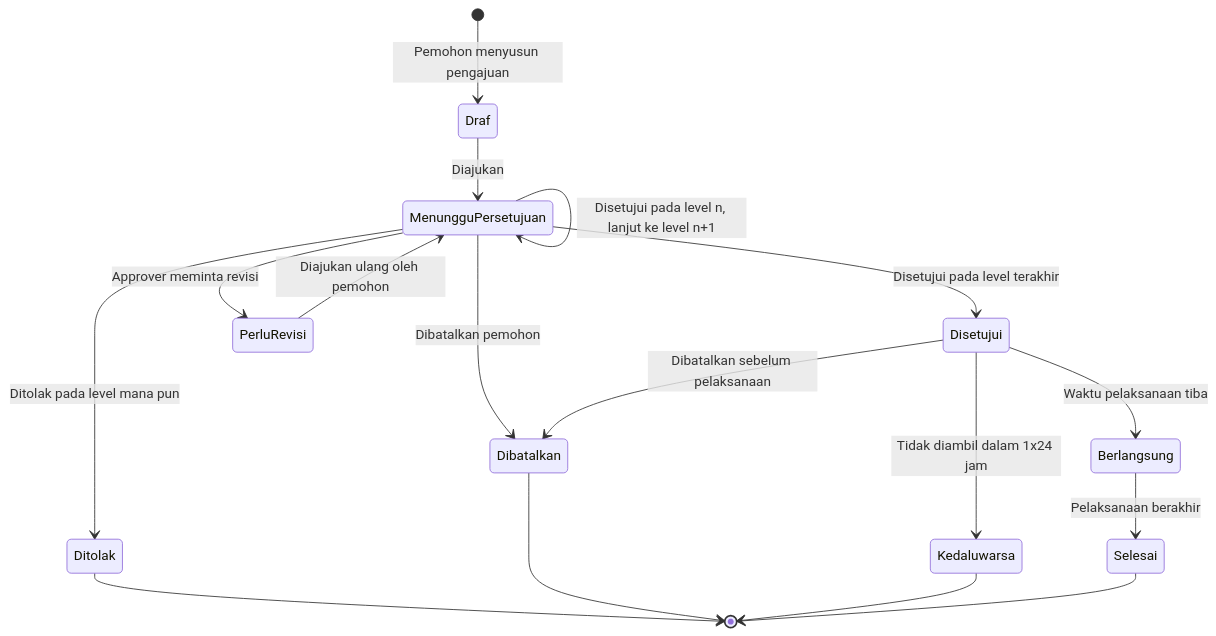
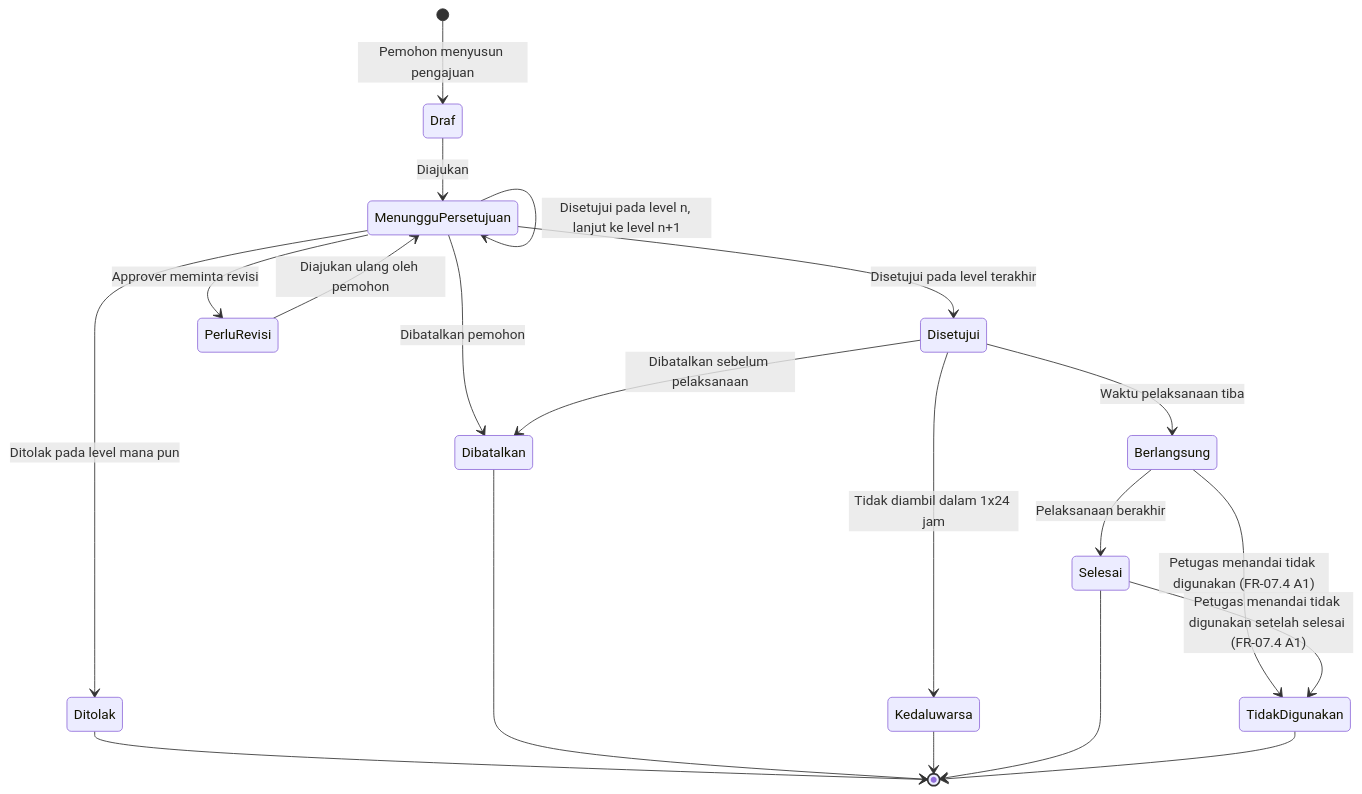
One commit to HanzzzBD/SIGM4 changed the third of 5 diagrams in docs/PRD/03-architecture/system-overview.md. Above: the diagram before and after it, drawn with Mermaid. The commit also changed 1740 other files, not shown here.

````diff
--- a/docs/PRD/03-architecture/system-overview.md
+++ b/docs/PRD/03-architecture/system-overview.md
@@ -89,19 +89,22 @@
 ```mermaid
 stateDiagram-v2
     [*] --> Draf: Pemohon menyusun pengajuan
     Draf --> MenungguPersetujuan: Diajukan
     MenungguPersetujuan --> MenungguPersetujuan: Disetujui pada level n, lanjut ke level n+1
     MenungguPersetujuan --> Disetujui: Disetujui pada level terakhir
     MenungguPersetujuan --> Ditolak: Ditolak pada level mana pun
     MenungguPersetujuan --> PerluRevisi: Approver meminta revisi
     PerluRevisi --> MenungguPersetujuan: Diajukan ulang oleh pemohon
     MenungguPersetujuan --> Dibatalkan: Dibatalkan pemohon
     Disetujui --> Dibatalkan: Dibatalkan sebelum pelaksanaan
     Disetujui --> Kedaluwarsa: Tidak diambil dalam 1x24 jam
     Disetujui --> Berlangsung: Waktu pelaksanaan tiba
     Berlangsung --> Selesai: Pelaksanaan berakhir
+    Berlangsung --> TidakDigunakan: Petugas menandai tidak digunakan (FR-07.4 A1)
+    Selesai --> TidakDigunakan: Petugas menandai tidak digunakan setelah selesai (FR-07.4 A1)
     Ditolak --> [*]
     Dibatalkan --> [*]
     Kedaluwarsa --> [*]
     Selesai --> [*]
+    TidakDigunakan --> [*]
 ```
````
